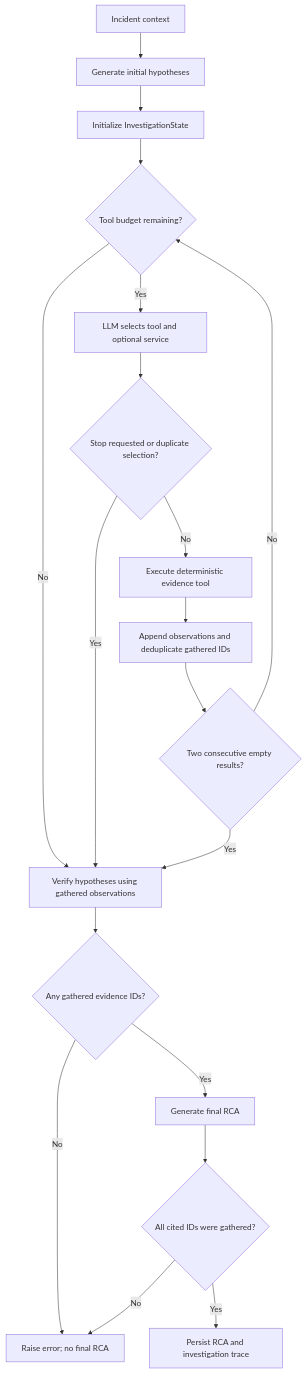
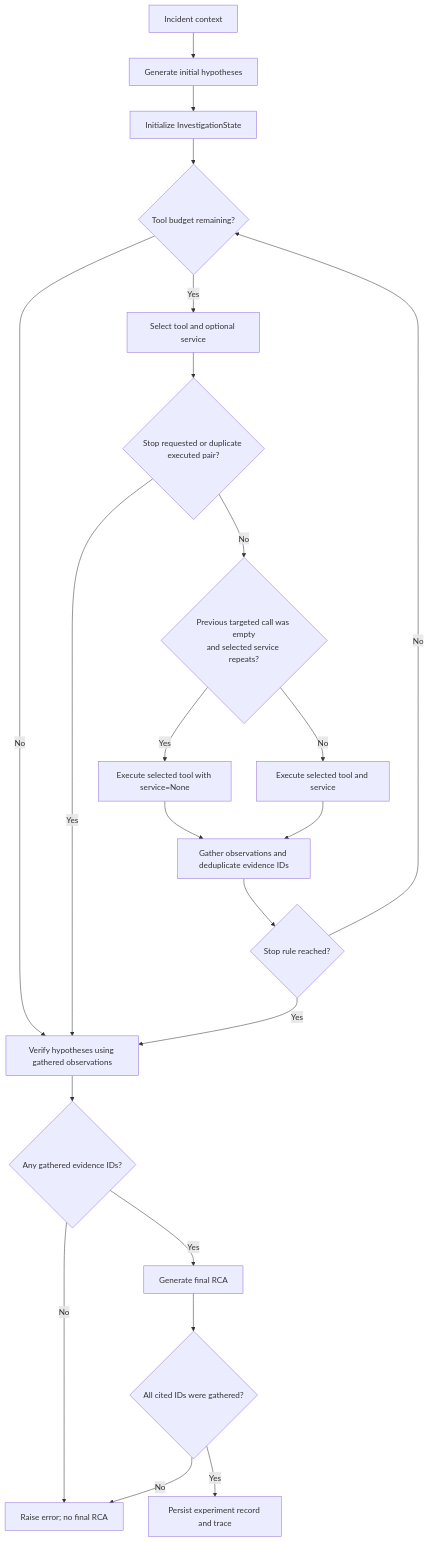
One commit to gaganjawa/traceroot changed the third of 3 diagrams in docs/ARCHITECTURE.md. Above: the diagram before and after it, drawn with Mermaid. The commit also changed other lines of this file and 2 other files, not shown here.

````diff
--- a/docs/ARCHITECTURE.md
+++ b/docs/ARCHITECTURE.md
@@ -78,21 +87,24 @@
 ```mermaid
 flowchart TD
     I[Incident context] --> H[Generate initial hypotheses]
     H --> S[Initialize InvestigationState]
     S --> B{Tool budget remaining?}
     B -- No --> V[Verify hypotheses using gathered observations]
-    B -- Yes --> L[LLM selects tool and optional service]
-    L --> G{Stop requested or duplicate selection?}
+    B -- Yes --> L[Select tool and optional service]
+    L --> G{Stop requested or duplicate executed pair?}
     G -- Yes --> V
-    G -- No --> T[Execute deterministic evidence tool]
-    T --> U[Append observations and deduplicate gathered IDs]
-    U --> N{Two consecutive empty results?}
+    G -- No --> W{Previous targeted call was empty<br/>and selected service repeats?}
+    W -- Yes --> X[Execute selected tool with service=None]
+    W -- No --> T[Execute selected tool and service]
+    X --> U[Gather observations and deduplicate evidence IDs]
+    T --> U
+    U --> N{Stop rule reached?}
     N -- Yes --> V
     N -- No --> B
     V --> E{Any gathered evidence IDs?}
     E -- No --> F[Raise error; no final RCA]
     E -- Yes --> R[Generate final RCA]
     R --> C{All cited IDs were gathered?}
     C -- No --> F
-    C -- Yes --> P[Persist RCA and investigation trace]
+    C -- Yes --> P[Persist experiment record and trace]
 ```
````
